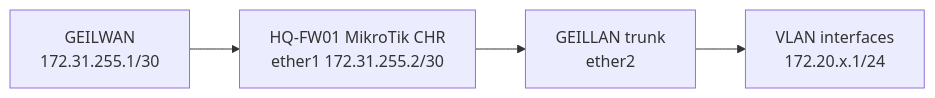
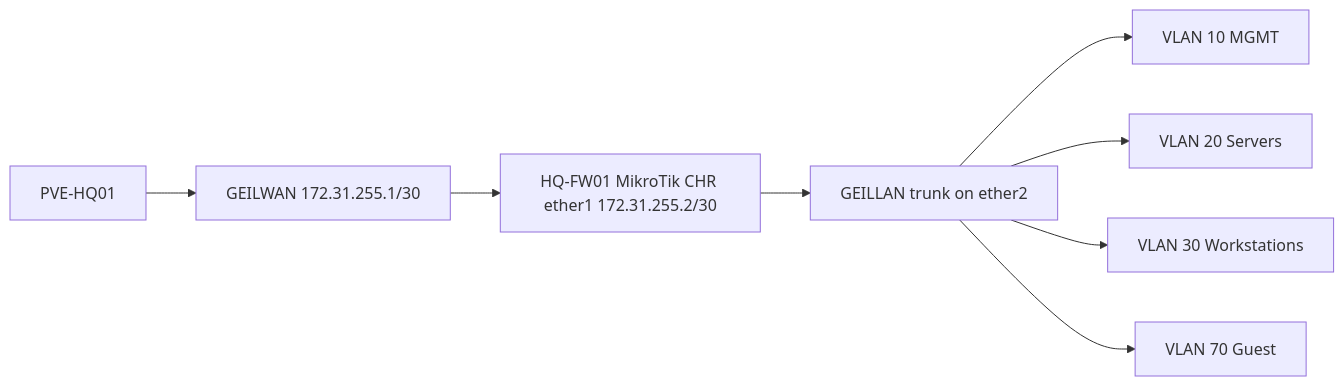
One commit to gntech-dev/geil-enterprise-docs changed the diagram in docs/platform/mikrotik-chr-hq-foundation-implementation.md. Above: the diagram before and after it, drawn with Mermaid. The commit also changed other lines of this file and 25 other files, not shown here.

````diff
--- a/docs/platform/mikrotik-chr-hq-foundation-implementation.md
+++ b/docs/platform/mikrotik-chr-hq-foundation-implementation.md
@@ -86,13 +105,17 @@
 ```mermaid
 flowchart LR
-    GEILWAN[GEILWAN
-172.31.255.1/30]
-    CHR[HQ-FW01 MikroTik CHR
-ether1 172.31.255.2/30]
-    GEILLAN[GEILLAN trunk
-ether2]
-    VLANs[VLAN interfaces
-172.20.x.1/24]
+    PVE[PVE-HQ01]
+    WAN[GEILWAN 172.31.255.1/30]
+    CHR[HQ-FW01 MikroTik CHR ether1 172.31.255.2/30]
+    LAN[GEILLAN trunk on ether2]
+    V10[VLAN 10 MGMT]
+    V20[VLAN 20 Servers]
+    V30[VLAN 30 Workstations]
+    V70[VLAN 70 Guest]
 
-    GEILWAN --> CHR --> GEILLAN --> VLANs
+    PVE --> WAN --> CHR --> LAN
+    LAN --> V10
+    LAN --> V20
+    LAN --> V30
+    LAN --> V70
 ```
````
